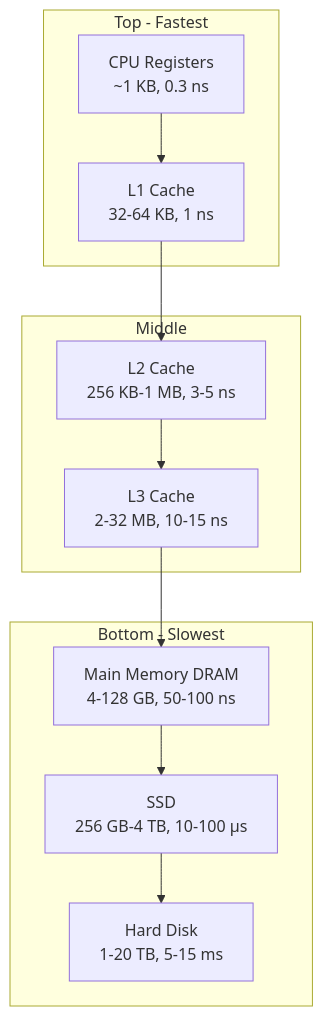
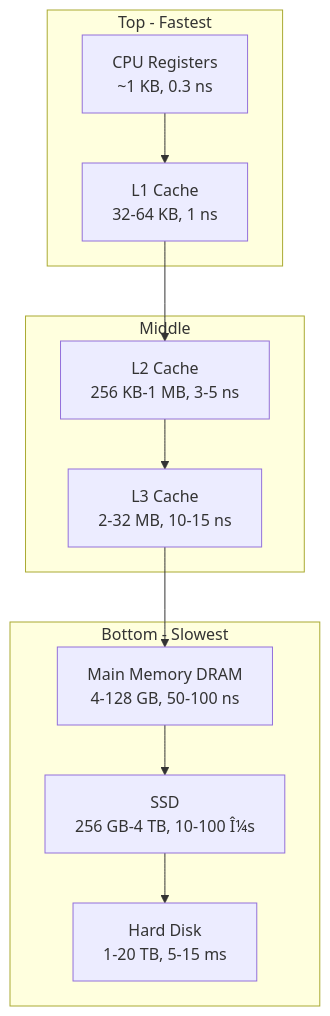
The first of 8 diagrams in docs/courses/computer-architecture/03-memory-hierarchy.md (Raushan666java/ai-engineering-journey), drawn with Mermaid before and after one commit. The commit also changed other lines of this file and 735 other files, not shown here.

````diff
--- a/docs/courses/computer-architecture/03-memory-hierarchy.md
+++ b/docs/courses/computer-architecture/03-memory-hierarchy.md
@@ -337,17 +337,17 @@
 ```mermaid
 flowchart TD
     subgraph Top - Fastest
         R1[CPU Registers<br/>~1 KB, 0.3 ns]
         L1[L1 Cache<br/>32-64 KB, 1 ns]
     end
     subgraph Middle
         L2[L2 Cache<br/>256 KB-1 MB, 3-5 ns]
         L3[L3 Cache<br/>2-32 MB, 10-15 ns]
     end
     subgraph Bottom - Slowest
         RAM[Main Memory DRAM<br/>4-128 GB, 50-100 ns]
-        SSD[SSD<br/>256 GB-4 TB, 10-100 μs]
+        SSD[SSD<br/>256 GB-4 TB, 10-100 Î¼s]
         HDD[Hard Disk<br/>1-20 TB, 5-15 ms]
     end
     R1 --> L1 --> L2 --> L3 --> RAM --> SSD --> HDD
 ```
````
